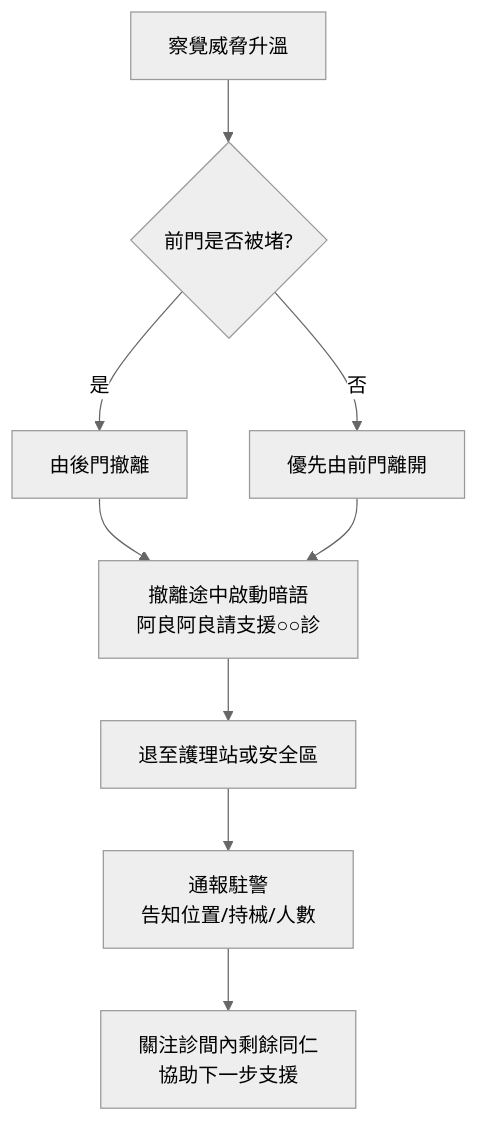
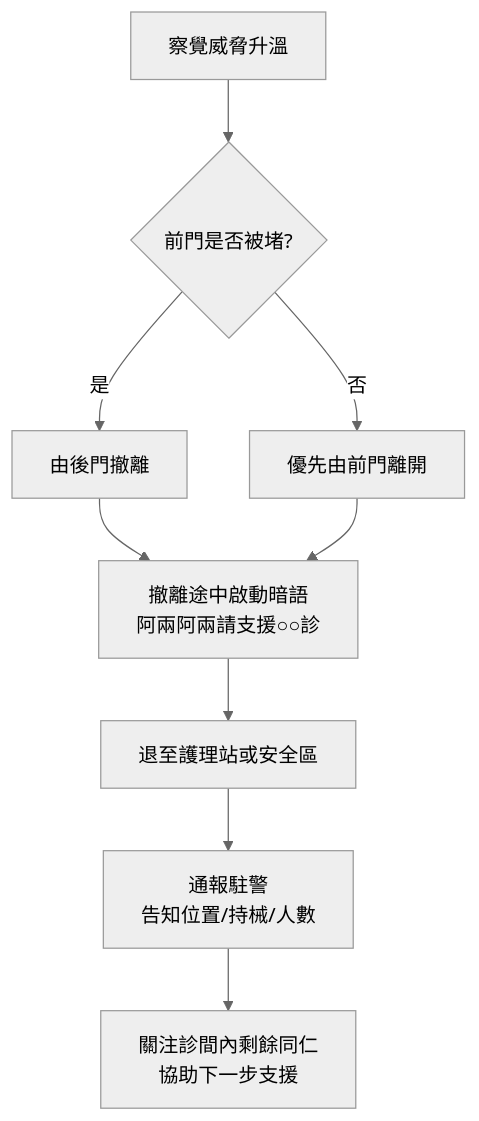
One commit to sniperHK/NTUH_OutpatientxCIT_AG changed the first of 2 diagrams in web/public/modules/M03_environmental-awareness.md. Above: the diagram before and after it, drawn with Mermaid (neutral theme). The commit also changed other lines of this file and 12 other files, not shown here.

````diff
--- a/web/public/modules/M03_environmental-awareness.md
+++ b/web/public/modules/M03_environmental-awareness.md
@@ -146,11 +146,11 @@
 ```mermaid
 flowchart TD
     A[察覺威脅升溫] --> B{前門是否被堵?}
     B -- 是 --> C[由後門撤離]
     B -- 否 --> D[優先由前門離開]
-    C --> E[撤離途中啟動暗語<br/>阿良阿良請支援○○診]
+    C --> E[撤離途中啟動暗語<br/>阿兩阿兩請支援○○診]
     D --> E
     E --> F[退至護理站或安全區]
     F --> G[通報駐警<br/>告知位置/持械/人數]
     G --> H[關注診間內剩餘同仁<br/>協助下一步支援]
 ```
````
